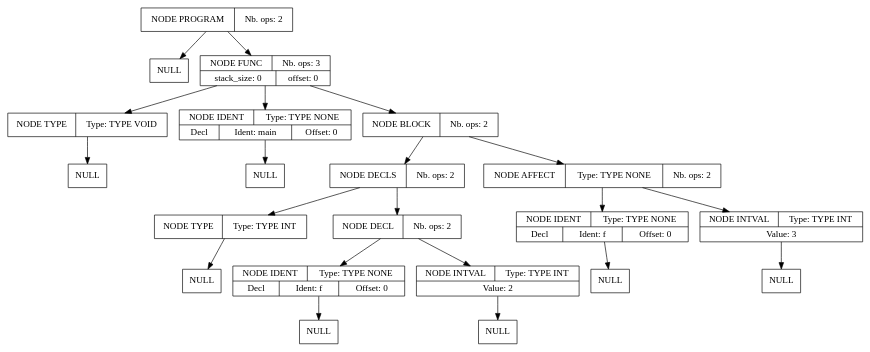
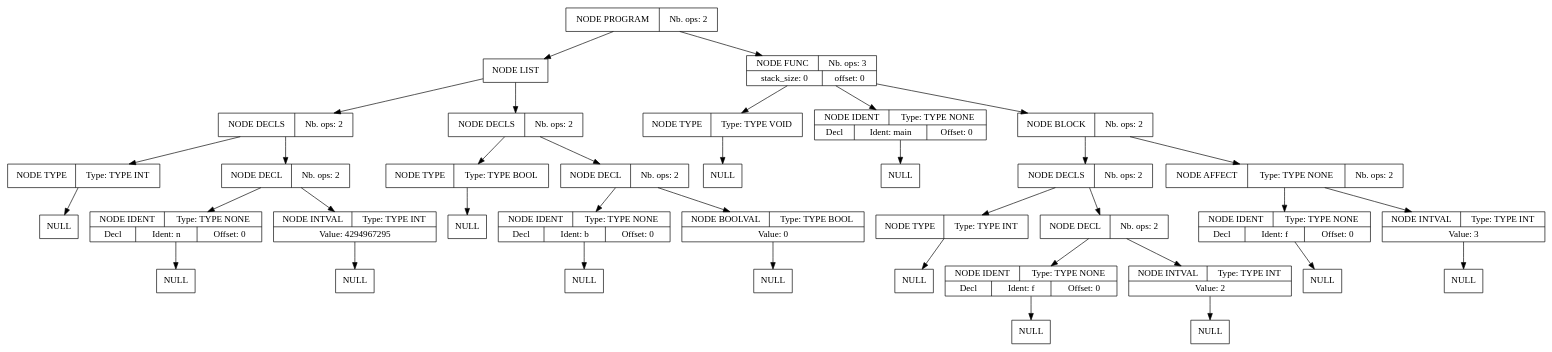
Before and after one commit to Serial-DeV/Compilation: the diagram in projet_compilation_src/src/fichier_dump.dot, drawn with Graphviz. The commit also changed 12 other files, not shown here.

```diff
--- a/projet_compilation_src/src/fichier_dump.dot
+++ b/projet_compilation_src/src/fichier_dump.dot
@@ -1,63 +1,111 @@
 digraph global_vars {
     N1 [shape=record, label="{{NODE PROGRAM|Nb. ops: 2}}"];
-    N2 [shape=record, label="{{NULL}}"];
-    edge[tailclip=true];
-    N1 -> N2
-    N3 [shape=record, label="{{NODE FUNC|Nb. ops: 3}|{stack_size: 0|offset: 0}}"];
-    N4 [shape=record, label="{{NODE TYPE|Type: TYPE VOID}}"];
+    N2 [shape=record, label="{{NODE LIST}}"];
+    N3 [shape=record, label="{{NODE DECLS|Nb. ops: 2}}"];
+    N4 [shape=record, label="{{NODE TYPE|Type: TYPE INT}}"];
     N5 [shape=record, label="{{NULL}}"];
     edge[tailclip=true];
     N4 -> N5
     edge[tailclip=true];
     N3 -> N4
-    N6 [shape=record, label="{{NODE IDENT|Type: TYPE NONE}|{<decl>Decl      |Ident: main|Offset: 0}}"];
-    N7 [shape=record, label="{{NULL}}"];
+    N6 [shape=record, label="{{NODE DECL|Nb. ops: 2}}"];
+    N7 [shape=record, label="{{NODE IDENT|Type: TYPE NONE}|{<decl>Decl      |Ident: n|Offset: 0}}"];
+    N8 [shape=record, label="{{NULL}}"];
+    edge[tailclip=true];
+    N7 -> N8
     edge[tailclip=true];
     N6 -> N7
+    N9 [shape=record, label="{{NODE INTVAL|Type: TYPE INT}|{Value: 4294967295}}"];
+    N10 [shape=record, label="{{NULL}}"];
+    edge[tailclip=true];
+    N9 -> N10
+    edge[tailclip=true];
+    N6 -> N9
     edge[tailclip=true];
     N3 -> N6
-    N8 [shape=record, label="{{NODE BLOCK|Nb. ops: 2}}"];
-    N9 [shape=record, label="{{NODE DECLS|Nb. ops: 2}}"];
-    N10 [shape=record, label="{{NODE TYPE|Type: TYPE INT}}"];
-    N11 [shape=record, label="{{NULL}}"];
     edge[tailclip=true];
-    N10 -> N11
-    edge[tailclip=true];
-    N9 -> N10
-    N12 [shape=record, label="{{NODE DECL|Nb. ops: 2}}"];
-    N13 [shape=record, label="{{NODE IDENT|Type: TYPE NONE}|{<decl>Decl      |Ident: f|Offset: 0}}"];
-    N14 [shape=record, label="{{NULL}}"];
-    edge[tailclip=true];
-    N13 -> N14
+    N2 -> N3
+    N11 [shape=record, label="{{NODE DECLS|Nb. ops: 2}}"];
+    N12 [shape=record, label="{{NODE TYPE|Type: TYPE BOOL}}"];
+    N13 [shape=record, label="{{NULL}}"];
     edge[tailclip=true];
     N12 -> N13
-    N15 [shape=record, label="{{NODE INTVAL|Type: TYPE INT}|{Value: 2}}"];
+    edge[tailclip=true];
+    N11 -> N12
+    N14 [shape=record, label="{{NODE DECL|Nb. ops: 2}}"];
+    N15 [shape=record, label="{{NODE IDENT|Type: TYPE NONE}|{<decl>Decl      |Ident: b|Offset: 0}}"];
     N16 [shape=record, label="{{NULL}}"];
     edge[tailclip=true];
     N15 -> N16
     edge[tailclip=true];
-    N12 -> N15
-    edge[tailclip=true];
-    N9 -> N12
-    edge[tailclip=true];
-    N8 -> N9
-    N17 [shape=record, label="{{NODE AFFECT|Type: TYPE NONE|Nb. ops: 2}}"];
-    N18 [shape=record, label="{{NODE IDENT|Type: TYPE NONE}|{<decl>Decl      |Ident: f|Offset: 0}}"];
-    N19 [shape=record, label="{{NULL}}"];
-    edge[tailclip=true];
-    N18 -> N19
+    N14 -> N15
+    N17 [shape=record, label="{{NODE BOOLVAL|Type: TYPE BOOL}|{Value: 0}}"];
+    N18 [shape=record, label="{{NULL}}"];
     edge[tailclip=true];
     N17 -> N18
-    N20 [shape=record, label="{{NODE INTVAL|Type: TYPE INT}|{Value: 3}}"];
+    edge[tailclip=true];
+    N14 -> N17
+    edge[tailclip=true];
+    N11 -> N14
+    edge[tailclip=true];
+    N2 -> N11
+    edge[tailclip=true];
+    N1 -> N2
+    N19 [shape=record, label="{{NODE FUNC|Nb. ops: 3}|{stack_size: 0|offset: 0}}"];
+    N20 [shape=record, label="{{NODE TYPE|Type: TYPE VOID}}"];
     N21 [shape=record, label="{{NULL}}"];
     edge[tailclip=true];
     N20 -> N21
     edge[tailclip=true];
-    N17 -> N20
+    N19 -> N20
+    N22 [shape=record, label="{{NODE IDENT|Type: TYPE NONE}|{<decl>Decl      |Ident: main|Offset: 0}}"];
+    N23 [shape=record, label="{{NULL}}"];
     edge[tailclip=true];
-    N8 -> N17
+    N22 -> N23
     edge[tailclip=true];
-    N3 -> N8
+    N19 -> N22
+    N24 [shape=record, label="{{NODE BLOCK|Nb. ops: 2}}"];
+    N25 [shape=record, label="{{NODE DECLS|Nb. ops: 2}}"];
+    N26 [shape=record, label="{{NODE TYPE|Type: TYPE INT}}"];
+    N27 [shape=record, label="{{NULL}}"];
     edge[tailclip=true];
-    N1 -> N3
+    N26 -> N27
+    edge[tailclip=true];
+    N25 -> N26
+    N28 [shape=record, label="{{NODE DECL|Nb. ops: 2}}"];
+    N29 [shape=record, label="{{NODE IDENT|Type: TYPE NONE}|{<decl>Decl      |Ident: f|Offset: 0}}"];
+    N30 [shape=record, label="{{NULL}}"];
+    edge[tailclip=true];
+    N29 -> N30
+    edge[tailclip=true];
+    N28 -> N29
+    N31 [shape=record, label="{{NODE INTVAL|Type: TYPE INT}|{Value: 2}}"];
+    N32 [shape=record, label="{{NULL}}"];
+    edge[tailclip=true];
+    N31 -> N32
+    edge[tailclip=true];
+    N28 -> N31
+    edge[tailclip=true];
+    N25 -> N28
+    edge[tailclip=true];
+    N24 -> N25
+    N33 [shape=record, label="{{NODE AFFECT|Type: TYPE NONE|Nb. ops: 2}}"];
+    N34 [shape=record, label="{{NODE IDENT|Type: TYPE NONE}|{<decl>Decl      |Ident: f|Offset: 0}}"];
+    N35 [shape=record, label="{{NULL}}"];
+    edge[tailclip=true];
+    N34 -> N35
+    edge[tailclip=true];
+    N33 -> N34
+    N36 [shape=record, label="{{NODE INTVAL|Type: TYPE INT}|{Value: 3}}"];
+    N37 [shape=record, label="{{NULL}}"];
+    edge[tailclip=true];
+    N36 -> N37
+    edge[tailclip=true];
+    N33 -> N36
+    edge[tailclip=true];
+    N24 -> N33
+    edge[tailclip=true];
+    N19 -> N24
+    edge[tailclip=true];
+    N1 -> N19
 }
```
